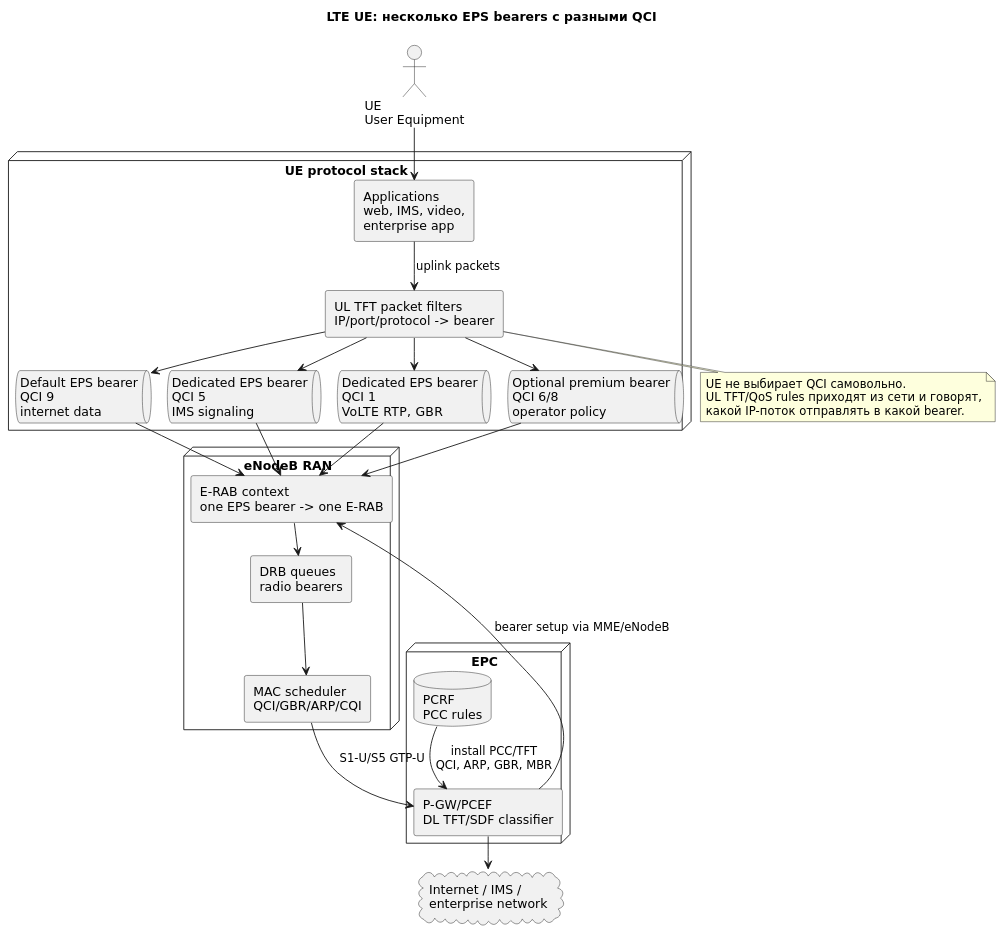
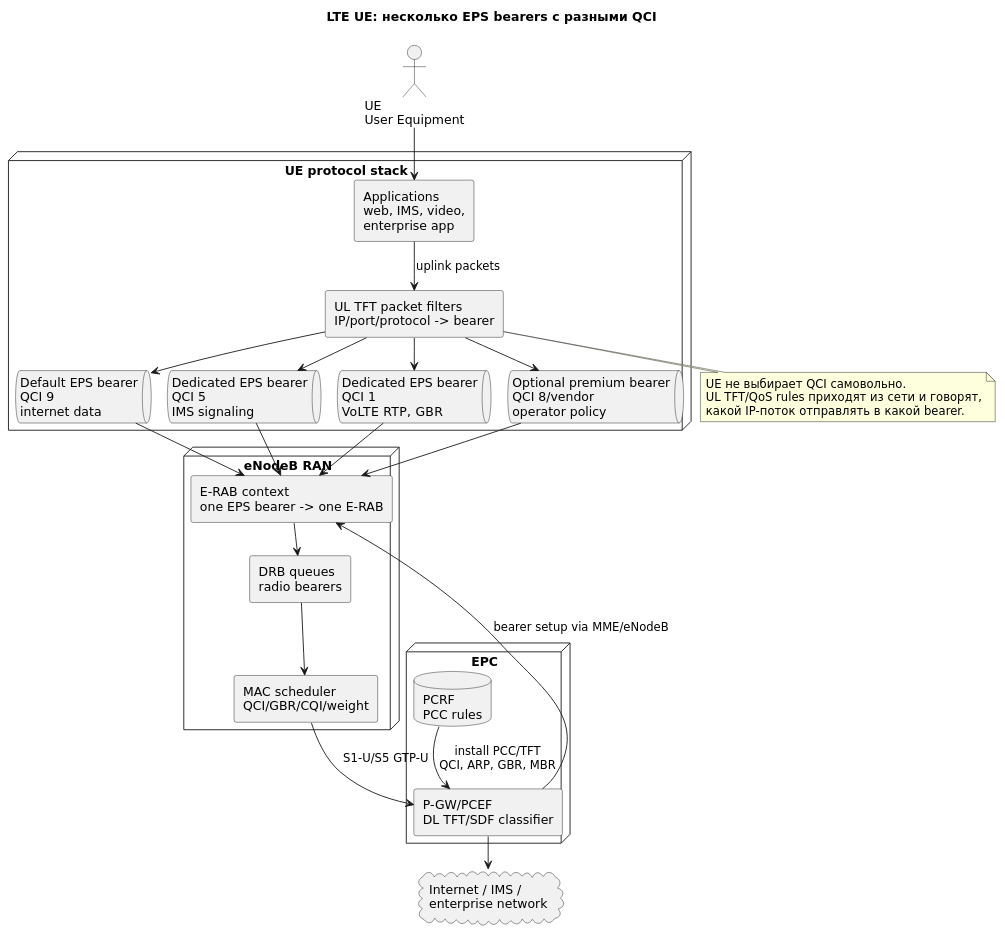
One commit to jvbistrue-art/Analitics changed the diagram in docs/mobile-network-qos/diagrams/src/ue-multiple-qci-lte.puml. Above: the diagram before and after it, drawn with PlantUML. The commit also changed 24 other files, not shown here.

```diff
--- a/docs/mobile-network-qos/diagrams/src/ue-multiple-qci-lte.puml
+++ b/docs/mobile-network-qos/diagrams/src/ue-multiple-qci-lte.puml
@@ -1,50 +1,50 @@
 @startuml ue-multiple-qci-lte
 !pragma layout smetana
 skinparam componentStyle rectangle
 skinparam shadowing false
 skinparam defaultFontName DejaVu Sans
 title LTE UE: несколько EPS bearers с разными QCI
 
 actor "UE\nUser Equipment" as UE
 node "UE protocol stack" as UESTACK {
   rectangle "Applications\nweb, IMS, video,\nenterprise app" as APPS
   rectangle "UL TFT packet filters\nIP/port/protocol -> bearer" as ULTFT
   queue "Default EPS bearer\nQCI 9\ninternet data" as B9
   queue "Dedicated EPS bearer\nQCI 5\nIMS signaling" as B5
   queue "Dedicated EPS bearer\nQCI 1\nVoLTE RTP, GBR" as B1
-  queue "Optional premium bearer\nQCI 6/8\noperator policy" as B8
+  queue "Optional premium bearer\nQCI 8/vendor\noperator policy" as B8
 }
 node "eNodeB RAN" as ENB {
   rectangle "E-RAB context\none EPS bearer -> one E-RAB" as ERAB
   rectangle "DRB queues\nradio bearers" as DRB
-  rectangle "MAC scheduler\nQCI/GBR/ARP/CQI" as SCH
+  rectangle "MAC scheduler\nQCI/GBR/CQI/weight" as SCH
 }
 node "EPC" as EPC {
   rectangle "P-GW/PCEF\nDL TFT/SDF classifier" as PGW
   database "PCRF\nPCC rules" as PCRF
 }
 cloud "Internet / IMS /\nenterprise network" as DN
 
 UE --> APPS
 APPS --> ULTFT : uplink packets
 ULTFT --> B9
 ULTFT --> B5
 ULTFT --> B1
 ULTFT --> B8
 B9 --> ERAB
 B5 --> ERAB
 B1 --> ERAB
 B8 --> ERAB
 ERAB --> DRB
 DRB --> SCH
 SCH --> PGW : S1-U/S5 GTP-U
 PGW --> DN
 PCRF --> PGW : install PCC/TFT\nQCI, ARP, GBR, MBR
 PGW --> ERAB : bearer setup via MME/eNodeB
 
 note bottom of ULTFT
 UE не выбирает QCI самовольно.
 UL TFT/QoS rules приходят из сети и говорят,
 какой IP-поток отправлять в какой bearer.
 end note
 @enduml
```
